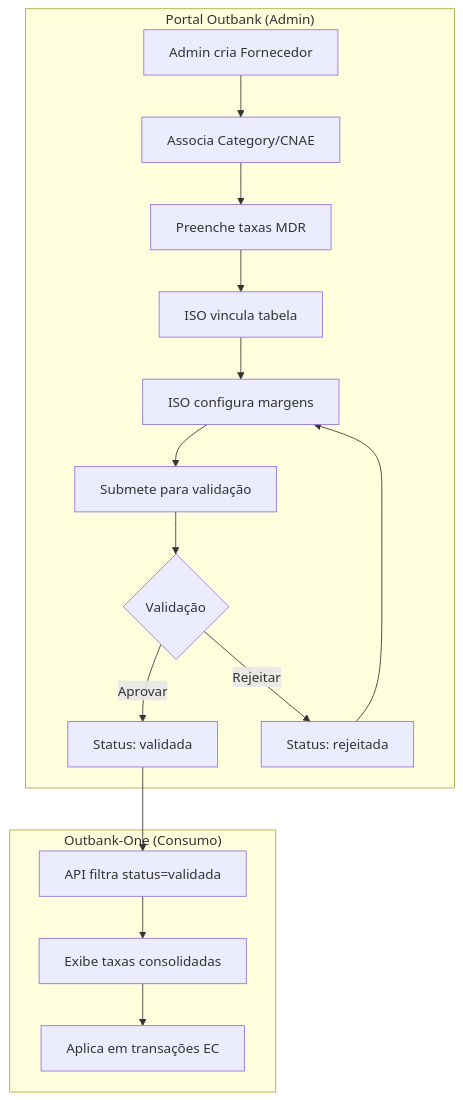
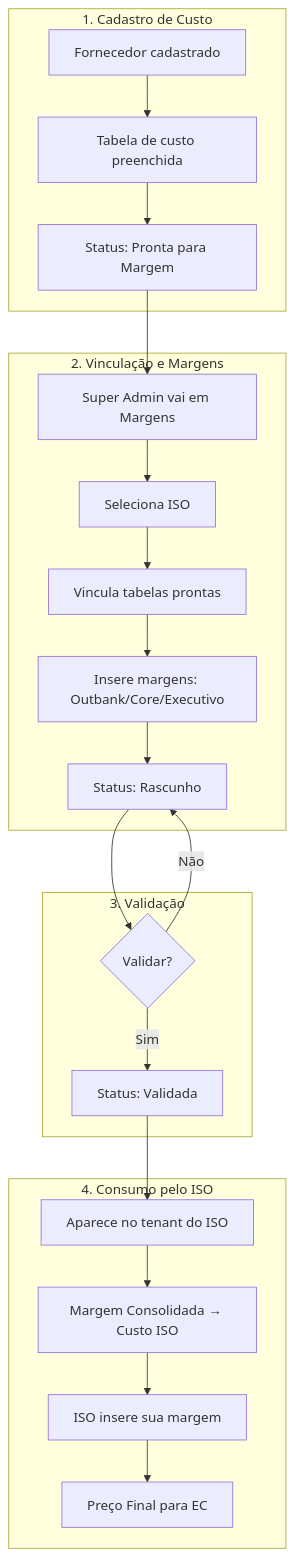
One commit to ctoutbank/portal-outbank changed the diagram in docs/mdr/mdr_flow_documentation.md. Above: the diagram before and after it, drawn with Mermaid. The commit also changed other lines of this file, not shown here.

First line of the commit message:
docs(mdr): atualizar documentação com regras de negócio detalhadas

````diff
--- a/docs/mdr/mdr_flow_documentation.md
+++ b/docs/mdr/mdr_flow_documentation.md
@@ -9,20 +5,28 @@
 ```mermaid
 flowchart TB
-    subgraph Portal["Portal Outbank (Admin)"]
-        A[Admin cria Fornecedor] --> B[Associa Category/CNAE]
-        B --> C[Preenche taxas MDR]
-        C --> D[ISO vincula tabela]
-        D --> E[ISO configura margens]
-        E --> F[Submete para validação]
-        F --> G{Validação}
-        G -->|Aprovar| H[Status: validada]
-        G -->|Rejeitar| I[Status: rejeitada]
-        I --> E
+    subgraph Fase1["1. Cadastro de Custo"]
+        A[Fornecedor cadastrado] --> B[Tabela de custo preenchida]
+        B --> C[Status: Pronta para Margem]
     end
     
-    subgraph OutbankOne["Outbank-One (Consumo)"]
-        H --> J[API filtra status=validada]
-        J --> K[Exibe taxas consolidadas]
-        K --> L[Aplica em transações EC]
+    subgraph Fase2["2. Vinculação e Margens"]
+        C --> D[Super Admin vai em Margens]
+        D --> E[Seleciona ISO]
+        E --> F[Vincula tabelas prontas]
+        F --> G[Insere margens: Outbank/Core/Executivo]
+        G --> H[Status: Rascunho]
+    end
+    
+    subgraph Fase3["3. Validação"]
+        H --> I{Validar?}
+        I -->|Sim| J[Status: Validada]
+        I -->|Não| H
+    end
+    
+    subgraph Fase4["4. Consumo pelo ISO"]
+        J --> K[Aparece no tenant do ISO]
+        K --> L[Margem Consolidada → Custo ISO]
+        L --> M[ISO insere sua margem]
+        M --> N[Preço Final para EC]
     end
 ```
````
